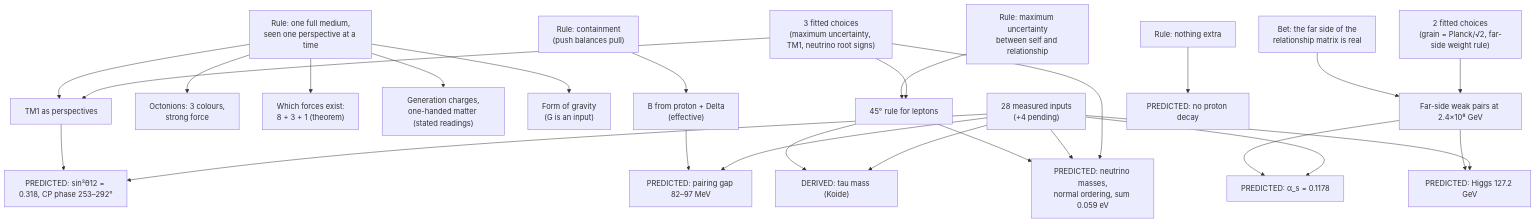
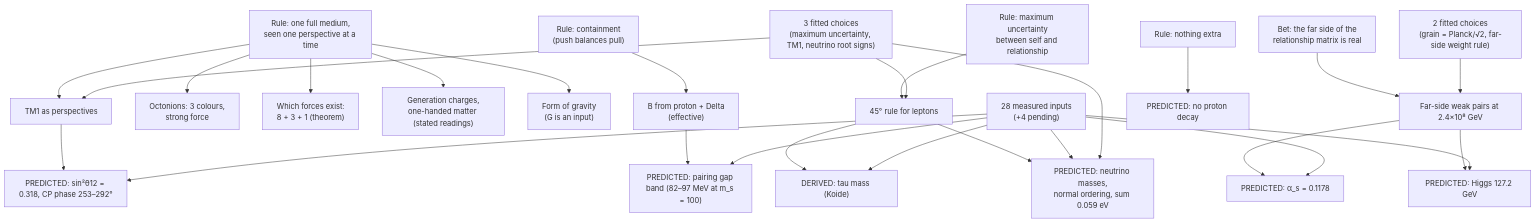
The diagram in docs/ledger/TRPG_Ledger.md (NubbyNubkins/TRPG-Unified-Framework), drawn with Mermaid before and after one commit. The commit also changed other lines of this file and 19 other files, not shown here.

````diff
--- a/docs/ledger/TRPG_Ledger.md
+++ b/docs/ledger/TRPG_Ledger.md
@@ -171,37 +174,37 @@
 ```mermaid
 flowchart TD
   R1["Rule: one full medium,<br/>seen one perspective at a time"]
   R2["Rule: containment<br/>(push balances pull)"]
   R3["Rule: maximum uncertainty<br/>between self and relationship"]
   R4["Rule: nothing extra"]
   BET["Bet: the far side of the<br/>relationship matrix is real"]
   IN["28 measured inputs<br/>(+4 pending)"]
   FIT["2 fitted choices<br/>(grain = Planck/√2, far-side weight rule)"]
   FIT2["3 fitted choices<br/>(maximum uncertainty, TM1, neutrino root signs)"]
 
   R1 --> OCT["Octonions: 3 colours,<br/>strong force"]
   R1 --> FORCES["Which forces exist:<br/>8 + 3 + 1 (theorem)"]
   R1 --> GEN["Generation charges,<br/>one-handed matter (stated readings)"]
   R1 --> GRAV["Form of gravity<br/>(G is an input)"]
   R2 --> BAG["B from proton + Delta<br/>(effective)"]
-  BAG --> GAP["PREDICTED: pairing gap 82–97 MeV"]
+  BAG --> GAP["PREDICTED: pairing gap band (82–97 MeV at m_s = 100)"]
   R3 --> K45["45° rule for leptons"]
   K45 --> TAU["DERIVED: tau mass (Koide)"]
   K45 --> NU["PREDICTED: neutrino masses,<br/>normal ordering, sum 0.059 eV"]
   R1 --> TM1["TM1 as perspectives"]
   TM1 --> DCP["PREDICTED: sin²θ12 = 0.318, CP phase 253–292°"]
   BET --> MMG["Far-side weak pairs at 2.4×10⁸ GeV"]
   FIT --> MMG
   MMG --> AS["PREDICTED: α_s = 0.1178"]
   MMG --> MH["PREDICTED: Higgs 127.2 GeV"]
   R4 --> PD["PREDICTED: no proton decay"]
   IN --> TAU
   IN --> NU
   IN --> AS
   IN --> MH
   IN --> GAP
   IN --> DCP
   FIT2 --> K45
   FIT2 --> TM1
   FIT2 --> NU
 ```
````
